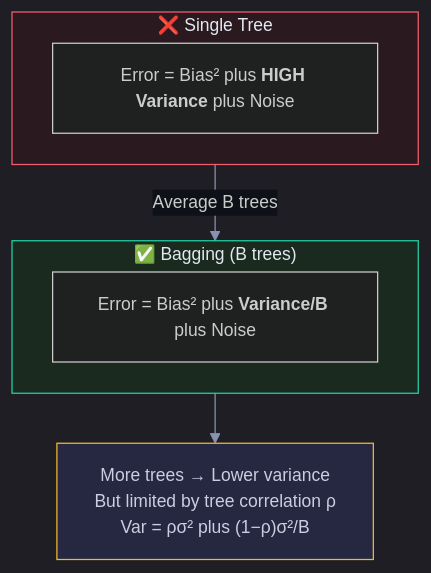
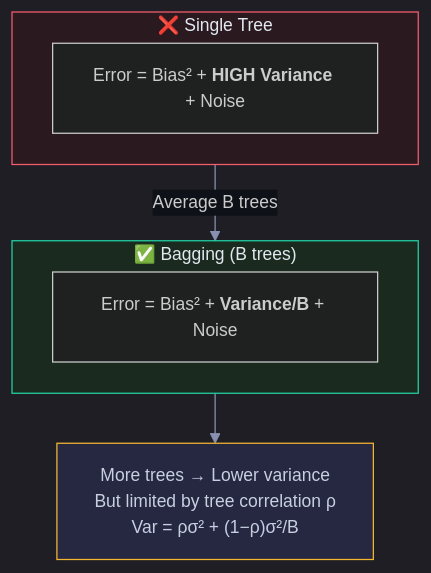
One commit to snehith1234/StudyCircle changed the eighth of 28 diagrams in Documents/Visual_Guides/ML_Concepts/Bagging_and_Boosting_Visual.md. Above: the diagram before and after it, drawn with Mermaid. The commit also changed other lines of this file and 10 other files, not shown here.

First line of the commit message:
Fix Mermaid formatting and add RNN/LSTM guides

````diff
--- a/Documents/Visual_Guides/ML_Concepts/Bagging_and_Boosting_Visual.md
+++ b/Documents/Visual_Guides/ML_Concepts/Bagging_and_Boosting_Visual.md
@@ -287,18 +287,18 @@
 ```mermaid
 %%{init: {'theme': 'dark', 'themeVariables': {'darkMode': true, 'background': '#0e1117', 'primaryColor': '#1a1d2e', 'primaryTextColor': '#e2e8f0', 'primaryBorderColor': '#2d3148', 'lineColor': '#8892b0', 'secondaryColor': '#252840', 'tertiaryColor': '#1a1d2e', 'fontSize': '14px', 'edgeLabelBackground': '#0e1117'}, 'flowchart': {'nodeSpacing': 30, 'rankSpacing': 40, 'padding': 15, 'htmlLabels': true}}}%%
 graph TD
     subgraph SINGLE["❌ Single Tree"]
-        ST["Error = Bias² plus <b>HIGH Variance</b> plus Noise"]
+        ST["Error = Bias² + <b>HIGH Variance</b> + Noise"]
     end
 
     subgraph BAGGING["✅ Bagging (B trees)"]
-        BT["Error = Bias² plus <b>Variance/B</b> plus Noise"]
+        BT["Error = Bias² + <b>Variance/B</b> + Noise"]
     end
 
     SINGLE -->|"Average B trees"| BAGGING
-    BAGGING --> NOTE["More trees → Lower variance<br/>But limited by tree correlation ρ<br/>Var = ρσ² plus (1−ρ)σ²/B"]
+    BAGGING --> NOTE["More trees → Lower variance<br/>But limited by tree correlation ρ<br/>Var = ρσ² + (1−ρ)σ²/B"]
 
     style SINGLE fill:#2a1a1f,stroke:#f45d6d,color:#e2e8f0
     style BAGGING fill:#1a2a1f,stroke:#22d3a7,color:#e2e8f0
     style NOTE fill:#252840,stroke:#f5b731,color:#c8cfe0
 ```
````
